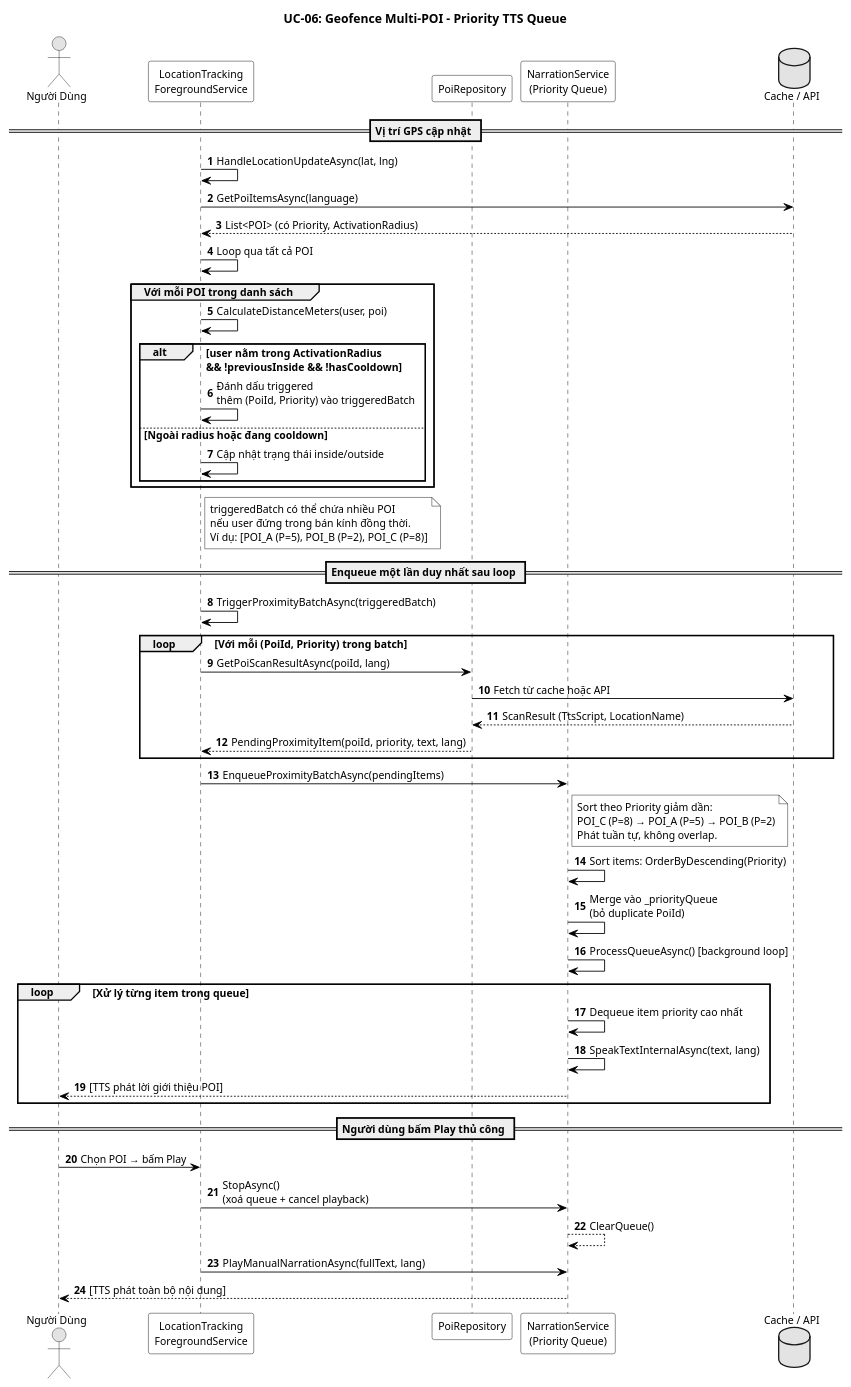
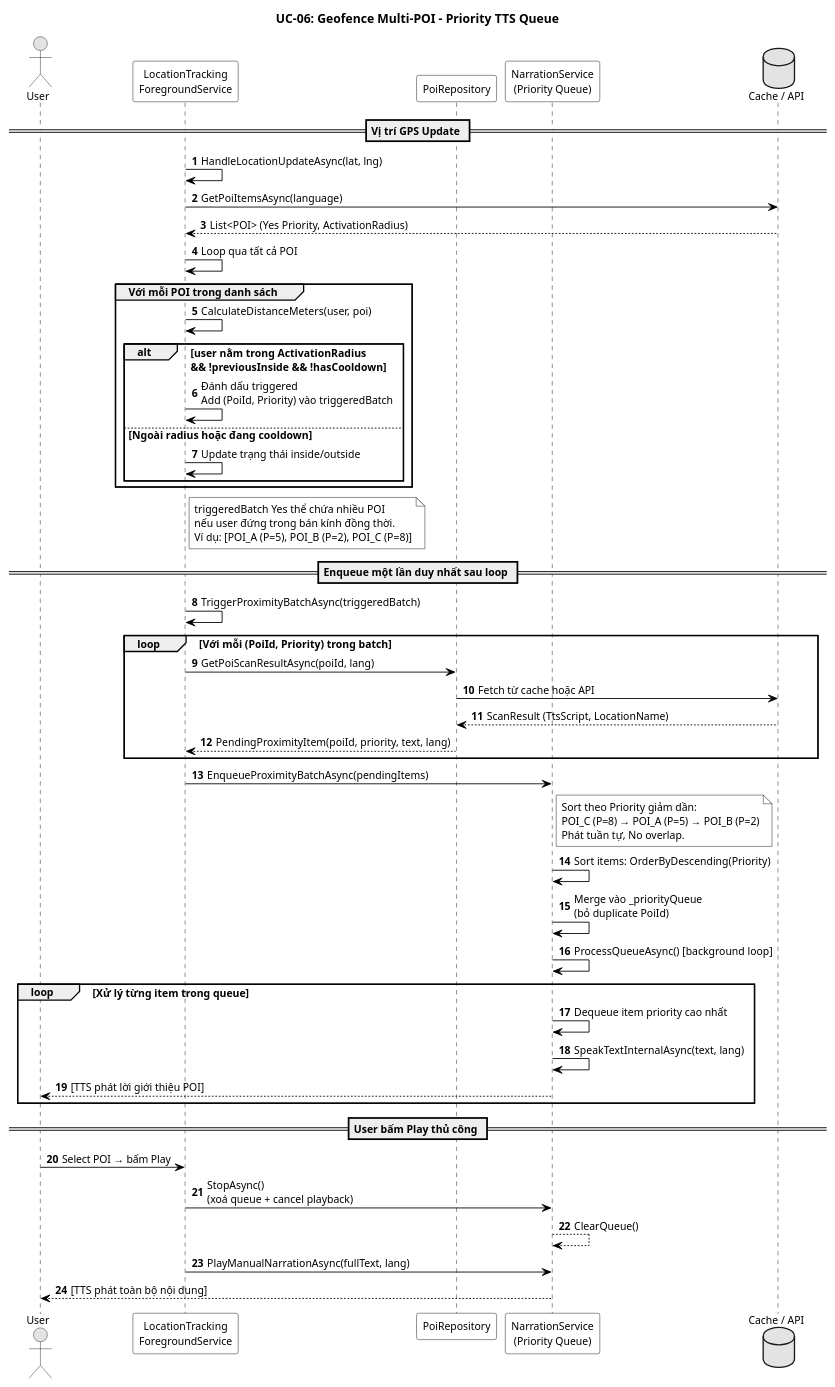
One commit to binhbo0311/food-map changed the diagram in puml_diagrams/seq_06_gps.puml. Above: the diagram before and after it, drawn with PlantUML. The commit also changed 12 other files, not shown here.

Commit message:
feat: Add POI listen analytics, update Admin CMS stats, translate diagrams

```diff
--- a/puml_diagrams/seq_06_gps.puml
+++ b/puml_diagrams/seq_06_gps.puml
@@ -1,83 +1,83 @@
 @startuml seq_06_gps
 skinparam monochrome true
 skinparam shadowing false
 skinparam backgroundColor white
 skinparam defaultFontSize 12
 skinparam sequenceArrowColor black
 skinparam sequenceParticipantBorderColor black
 skinparam sequenceParticipantBackgroundColor white
 skinparam sequenceLifeLineBorderColor black
 skinparam sequenceGroupBorderColor black
 skinparam noteBackgroundColor white
 skinparam noteBorderColor black
 autonumber
 
 title UC-06: Geofence Multi-POI – Priority TTS Queue
 
-actor "Người Dùng" as U
+actor "User" as U
 participant "LocationTracking\nForegroundService" as GEO
 participant "PoiRepository" as Repo
 participant "NarrationService\n(Priority Queue)" as TTS
 database "Cache / API" as DB
 
-== Vị trí GPS cập nhật ==
+== Vị trí GPS Update ==
 
 GEO -> GEO : HandleLocationUpdateAsync(lat, lng)
 GEO -> DB : GetPoiItemsAsync(language)
-DB --> GEO : List<POI> (có Priority, ActivationRadius)
+DB --> GEO : List<POI> (Yes Priority, ActivationRadius)
 
 GEO -> GEO : Loop qua tất cả POI
 
 group Với mỗi POI trong danh sách
     GEO -> GEO : CalculateDistanceMeters(user, poi)
     alt user nằm trong ActivationRadius\n&& !previousInside && !hasCooldown
-        GEO -> GEO : Đánh dấu triggered\nthêm (PoiId, Priority) vào triggeredBatch
+        GEO -> GEO : Đánh dấu triggered\nAdd (PoiId, Priority) vào triggeredBatch
     else Ngoài radius hoặc đang cooldown
-        GEO -> GEO : Cập nhật trạng thái inside/outside
+        GEO -> GEO : Update trạng thái inside/outside
     end
 end
 
 note right of GEO
-  triggeredBatch có thể chứa nhiều POI
+  triggeredBatch Yes thể chứa nhiều POI
   nếu user đứng trong bán kính đồng thời.
   Ví dụ: [POI_A (P=5), POI_B (P=2), POI_C (P=8)]
 end note
 
 == Enqueue một lần duy nhất sau loop ==
 
 GEO -> GEO : TriggerProximityBatchAsync(triggeredBatch)
 
 loop Với mỗi (PoiId, Priority) trong batch
     GEO -> Repo : GetPoiScanResultAsync(poiId, lang)
     Repo -> DB : Fetch từ cache hoặc API
     DB --> Repo : ScanResult (TtsScript, LocationName)
     Repo --> GEO : PendingProximityItem(poiId, priority, text, lang)
 end
 
 GEO -> TTS : EnqueueProximityBatchAsync(pendingItems)
 
 note right of TTS
   Sort theo Priority giảm dần:
   POI_C (P=8) → POI_A (P=5) → POI_B (P=2)
-  Phát tuần tự, không overlap.
+  Phát tuần tự, No overlap.
 end note
 
 TTS -> TTS : Sort items: OrderByDescending(Priority)
 TTS -> TTS : Merge vào _priorityQueue\n(bỏ duplicate PoiId)
 TTS -> TTS : ProcessQueueAsync() [background loop]
 
 loop Xử lý từng item trong queue
     TTS -> TTS : Dequeue item priority cao nhất
     TTS -> TTS : SpeakTextInternalAsync(text, lang)
     TTS --> U : [TTS phát lời giới thiệu POI]
 end
 
-== Người dùng bấm Play thủ công ==
+== User bấm Play thủ công ==
 
-U -> GEO : Chọn POI → bấm Play
+U -> GEO : Select POI → bấm Play
 GEO -> TTS : StopAsync()\n(xoá queue + cancel playback)
 TTS --> TTS : ClearQueue()
 GEO -> TTS : PlayManualNarrationAsync(fullText, lang)
 TTS --> U : [TTS phát toàn bộ nội dung]
 
 @enduml
```
